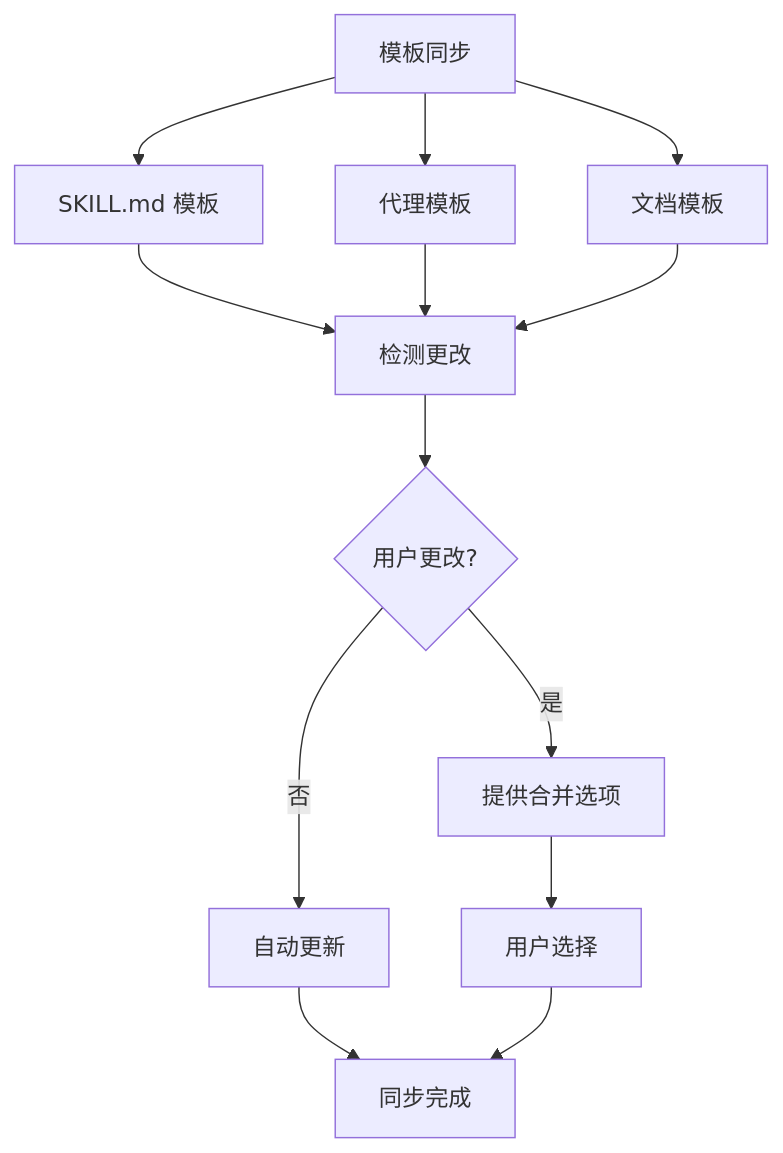
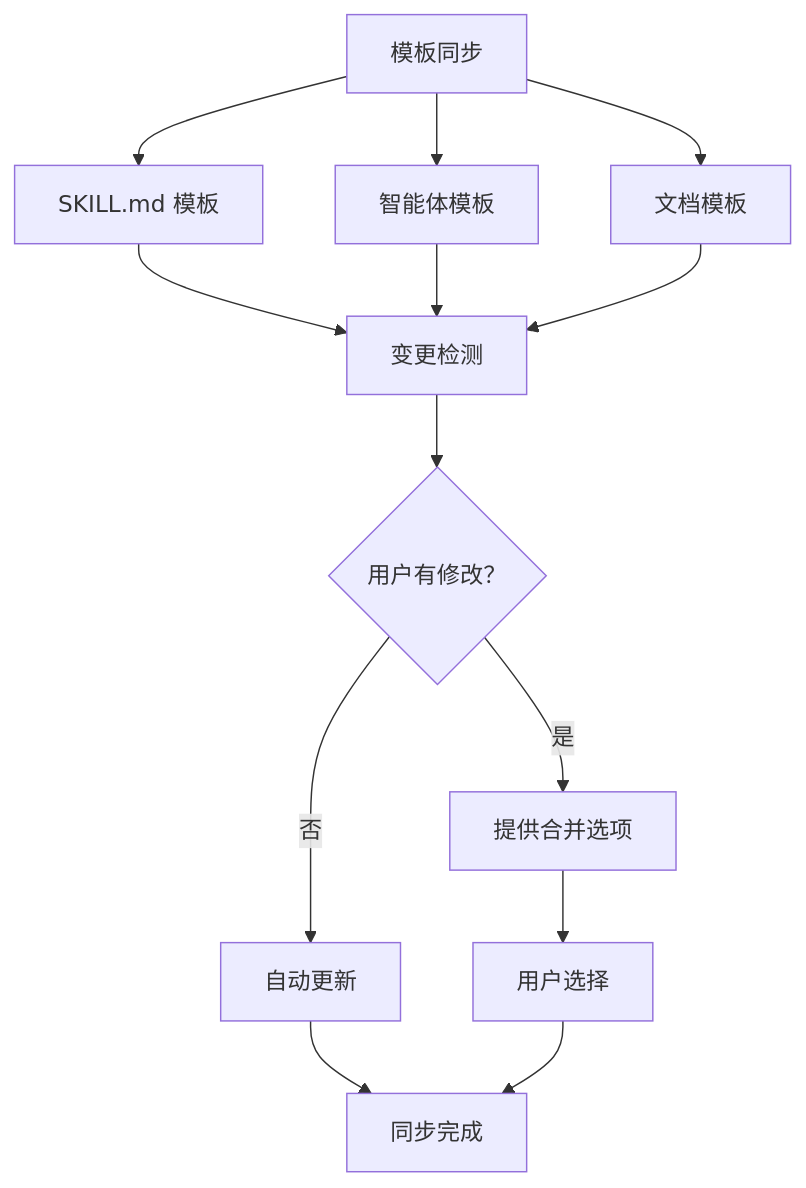
One commit to modu-ai/moai-adk changed the third of 3 diagrams in docs-site/content/zh/getting-started/update.md. Above: the diagram before and after it, drawn with Mermaid. The commit also changed other lines of this file and 395 other files, not shown here.

````diff
--- a/docs-site/content/zh/getting-started/update.md
+++ b/docs-site/content/zh/getting-started/update.md
@@ -166,19 +166,19 @@
 ```mermaid
 graph TD
     A[模板同步] --> B[SKILL.md 模板]
-    A --> C[代理模板]
+    A --> C[智能体模板]
     A --> D[文档模板]
 
-    B --> E[检测更改]
+    B --> E[变更检测]
     C --> E
     D --> E
 
-    E --> F{用户更改?}
+    E --> F{用户有修改？}
 
     F -->|否| G[自动更新]
     F -->|是| H[提供合并选项]
 
     G --> I[同步完成]
     H --> J[用户选择]
     J --> I
 ```
````
